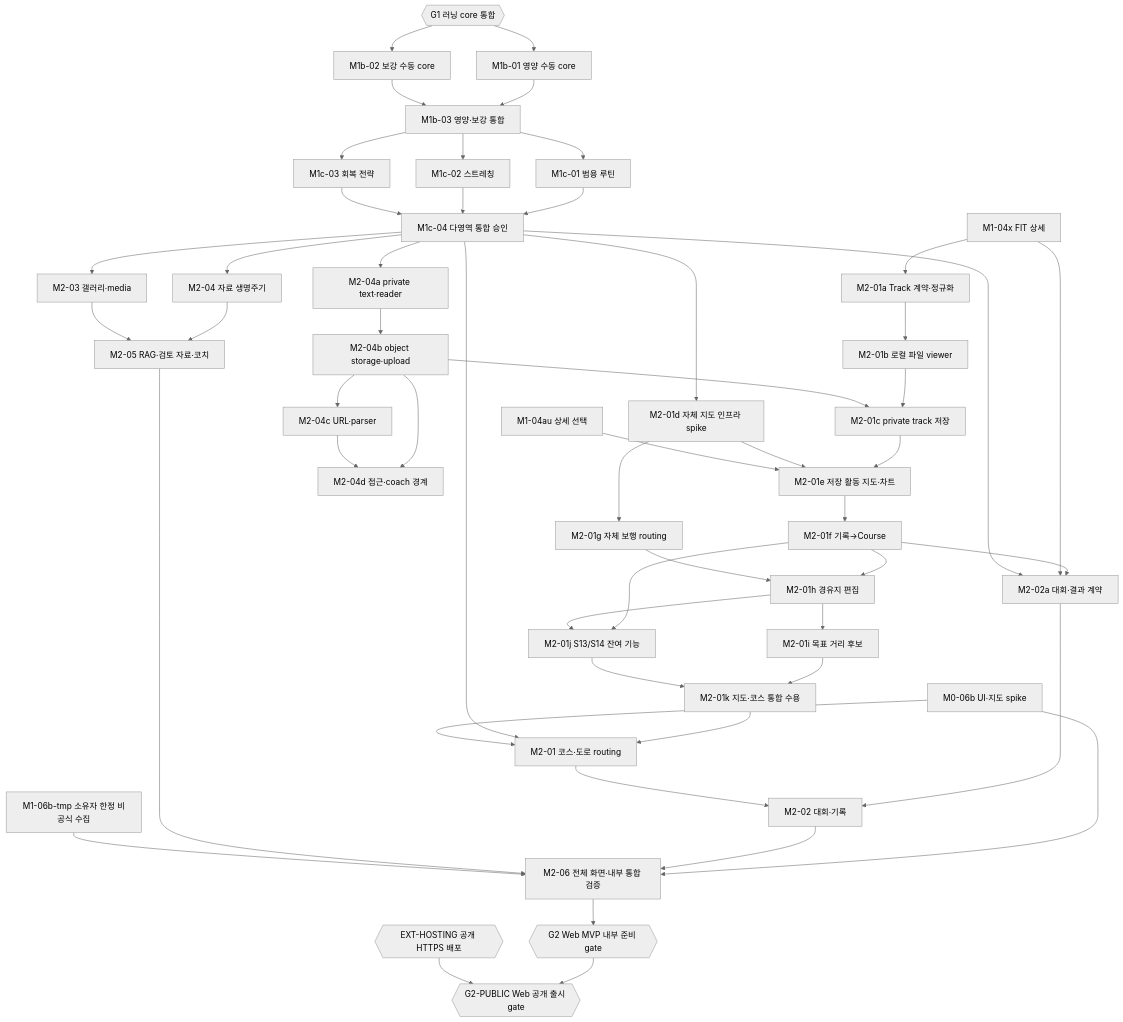
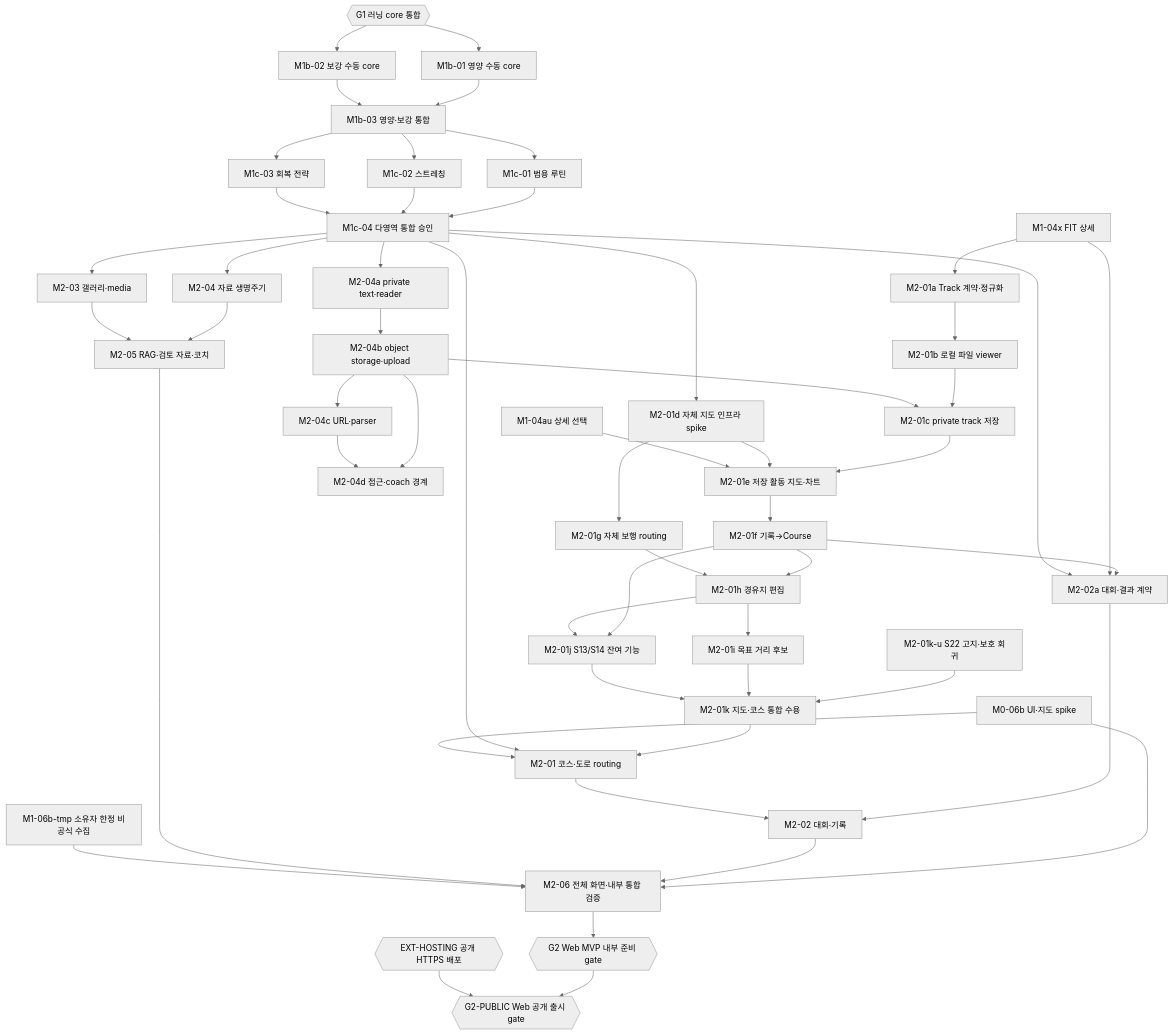
Before and after one commit to peacecheejecake/workout-manager: the third of 4 diagrams in docs/implementation/task-graph.md, drawn with Mermaid (neutral theme). The commit also changed other lines of this file and 5 other files, not shown here.

Commit message:
test(m2-01k): verify consent notices and account lifetime protection

```diff
--- a/docs/implementation/task-graph.md
+++ b/docs/implementation/task-graph.md
@@ -472,6 +472,8 @@
     mapi["M2-01i 목표 거리 후보"]
     mapj["M2-01j S13/S14 잔여 기능"]
     mapk["M2-01k 지도·코스 통합 수용"]
+    s22ConsentProtection["M2-01k-u S22 고지·보호 회귀"]
+    s22ConsentProtection --> mapk
     mapa --> mapb
     mapb --> mapc
     mapc --> mape
```
